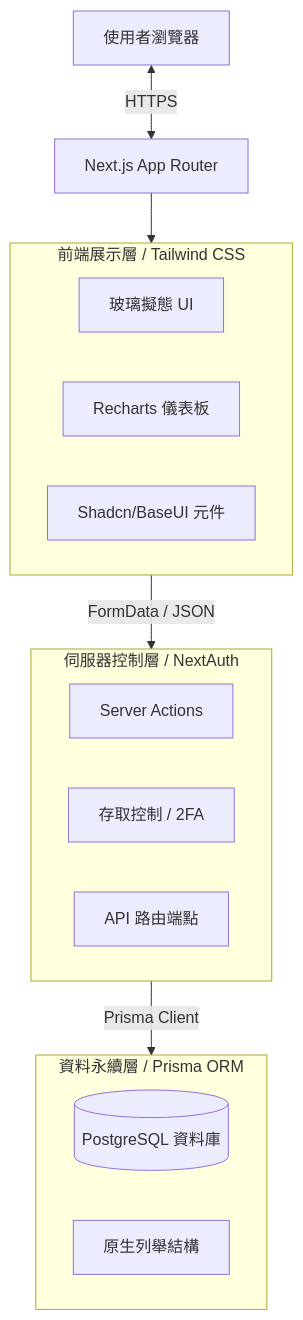
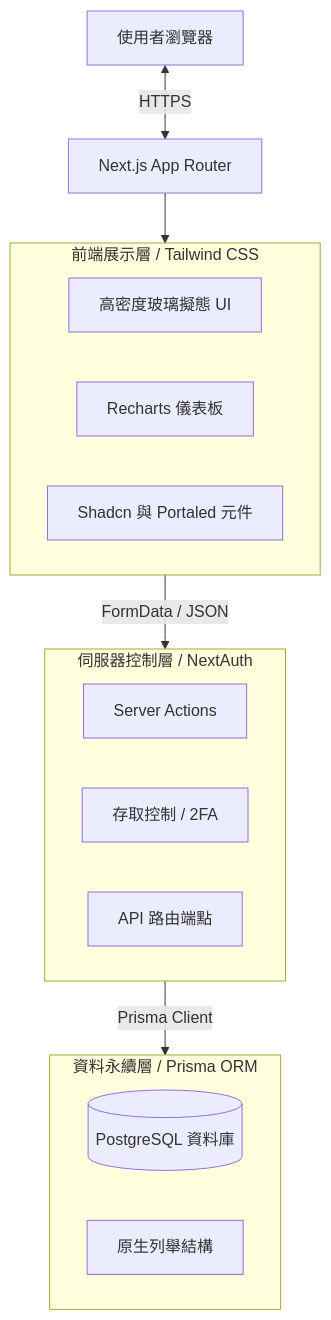
The first of 3 diagrams in docs/ARCHITECTURE.zh-TW.md (Cyber-Sec-Space/openticket), drawn with Mermaid before and after one commit. The commit also changed other lines of this file and 3 other files, not shown here.

Commit message:
docs: update README and ARCHITECTURE specs to reflect high-density layout and portal-based ui implementations

````diff
--- a/docs/ARCHITECTURE.zh-TW.md
+++ b/docs/ARCHITECTURE.zh-TW.md
@@ -12,25 +12,25 @@
 ```mermaid
 graph TD
     Client[使用者瀏覽器] <-->|HTTPS| Router[Next.js App Router]
     
     subgraph Presentation_Layer [前端展示層 / Tailwind CSS]
-        UI1[玻璃擬態 UI]
+        UI1[高密度玻璃擬態 UI]
         UI2[Recharts 儀表板]
-        UI3[Shadcn/BaseUI 元件]
+        UI3[Shadcn 與 Portaled 元件]
     end
     
     subgraph Controller_Server [伺服器控制層 / NextAuth]
         Action1[Server Actions]
         Action2[存取控制 / 2FA]
         Action3[API 路由端點]
     end
     
     subgraph Data_Layer [資料永續層 / Prisma ORM]
         DB[(PostgreSQL 資料庫)]
         PG_Enum[原生列舉結構]
     end
 
     Router --> Presentation_Layer
     Presentation_Layer -->|FormData / JSON| Controller_Server
     Controller_Server -->|Prisma Client| Data_Layer
 ```
````
